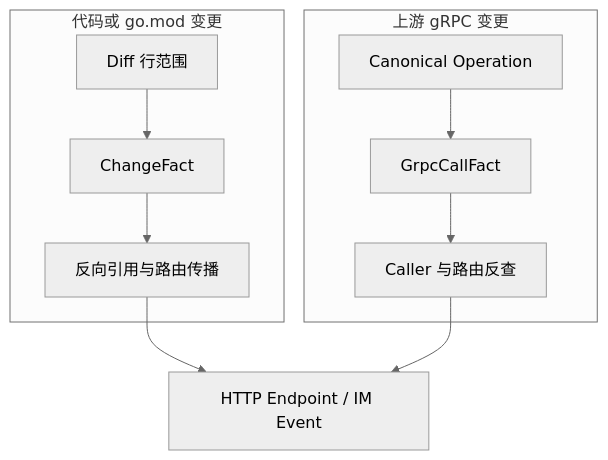
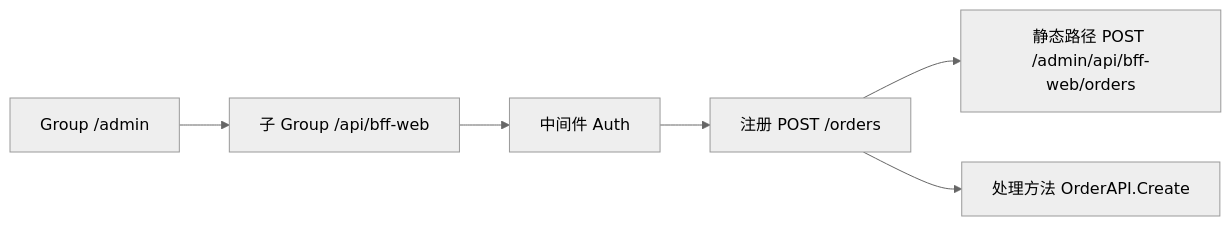
Before and after one commit to Flying-Bird1999/go-analyzer: the eighth of 15 diagrams in TECH-DESIGN-impact-analysis.md, drawn with Mermaid (neutral theme). The commit also changed other lines of this file, not shown here.

````diff
--- a/TECH-DESIGN-impact-analysis.md
+++ b/TECH-DESIGN-impact-analysis.md
@@ -254,19 +566,12 @@
 ```mermaid
-flowchart TB
-    subgraph FILE["代码或 go.mod 变更"]
-        F1["Diff 行范围"]
-        F2["ChangeFact"]
-        F3["反向引用与路由传播"]
-        F1 --> F2 --> F3
-    end
+flowchart LR
+    G1["Group /admin"]
+    G2["子 Group /api/bff-web"]
+    MW["中间件 Auth"]
+    ROUTE["注册 POST /orders"]
+    FULL["静态路径 POST /admin/api/bff-web/orders"]
+    HANDLER["处理方法 OrderAPI.Create"]
 
-    subgraph RPC["上游 gRPC 变更"]
-        G1["Canonical Operation"]
-        G2["GrpcCallFact"]
-        G3["Caller 与路由反查"]
-        G1 --> G2 --> G3
-    end
-
-    F3 --> RESULT["HTTP Endpoint / IM Event"]
-    G3 --> RESULT
+    G1 --> G2 --> MW --> ROUTE --> FULL
+    ROUTE --> HANDLER
 ```
````
